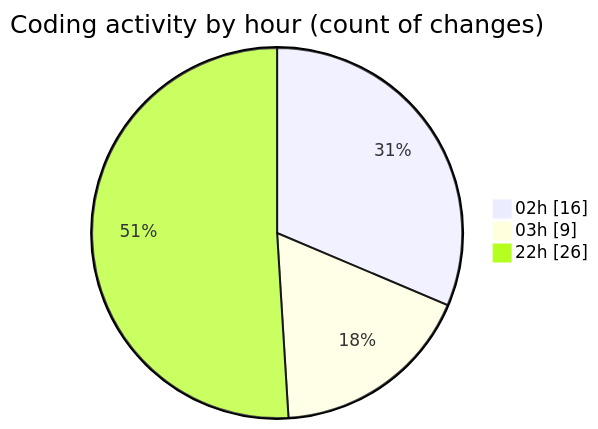
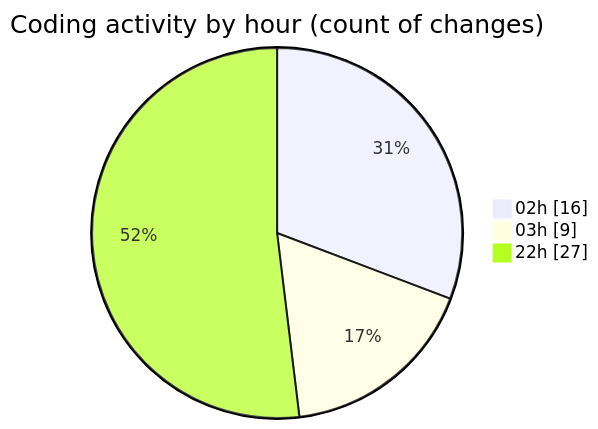
The second of 2 diagrams in 2025-07-31/studybuddy/README.md (lephambinh05/code-tracking), drawn with Mermaid before and after one commit. The commit also changed other lines of this file and 1 other file, not shown here.

````diff
--- a/2025-07-31/studybuddy/README.md
+++ b/2025-07-31/studybuddy/README.md
@@ -53,7 +53,7 @@
 ```mermaid
 pie showData
 title Coding activity by hour (count of changes)
 "02h" : 16
 "03h" : 9
-"22h" : 26
+"22h" : 27
 ```
````
